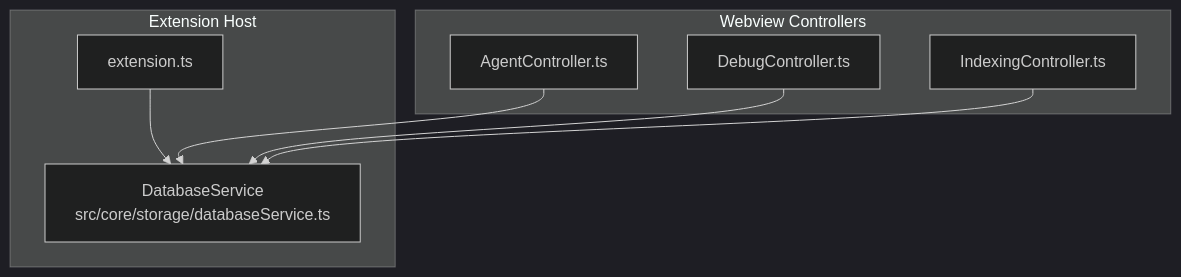
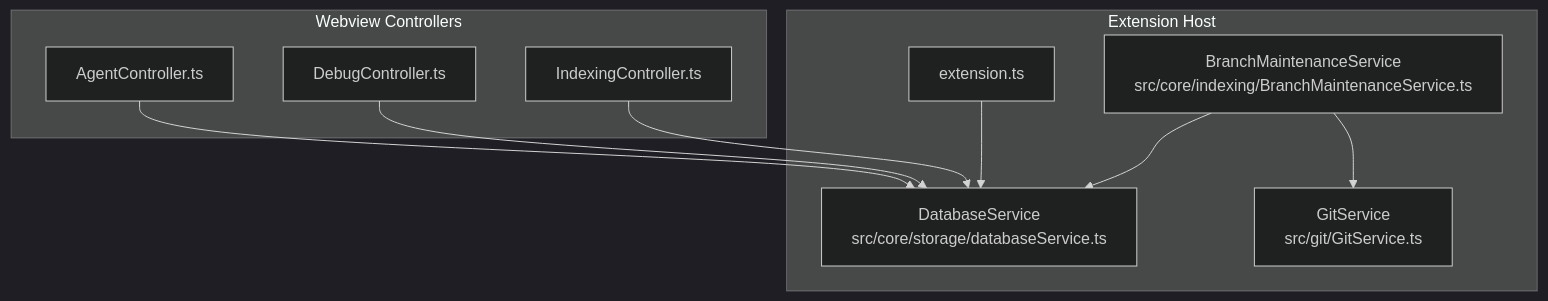
The first of 4 diagrams in .qoder/repowiki/en/content/Storage System/Database Service.md (bramburn/repomix-runner), drawn with Mermaid (dark theme) before and after one commit. The commit also changed other lines of this file and 19 other files, not shown here.

````diff
--- a/.qoder/repowiki/en/content/Storage System/Database Service.md
+++ b/.qoder/repowiki/en/content/Storage System/Database Service.md
@@ -32,16 +44,20 @@
 ```mermaid
 graph TB
 subgraph "Extension Host"
 EXT["extension.ts"]
 DB["DatabaseService<br/>src/core/storage/databaseService.ts"]
+BMS["BranchMaintenanceService<br/>src/core/indexing/BranchMaintenanceService.ts"]
+GS["GitService<br/>src/git/GitService.ts"]
 end
 subgraph "Webview Controllers"
 AC["AgentController.ts"]
 DC["DebugController.ts"]
 IC["IndexingController.ts"]
 end
 EXT --> DB
 AC --> DB
 DC --> DB
 IC --> DB
+BMS --> DB
+BMS --> GS
 ```
````
